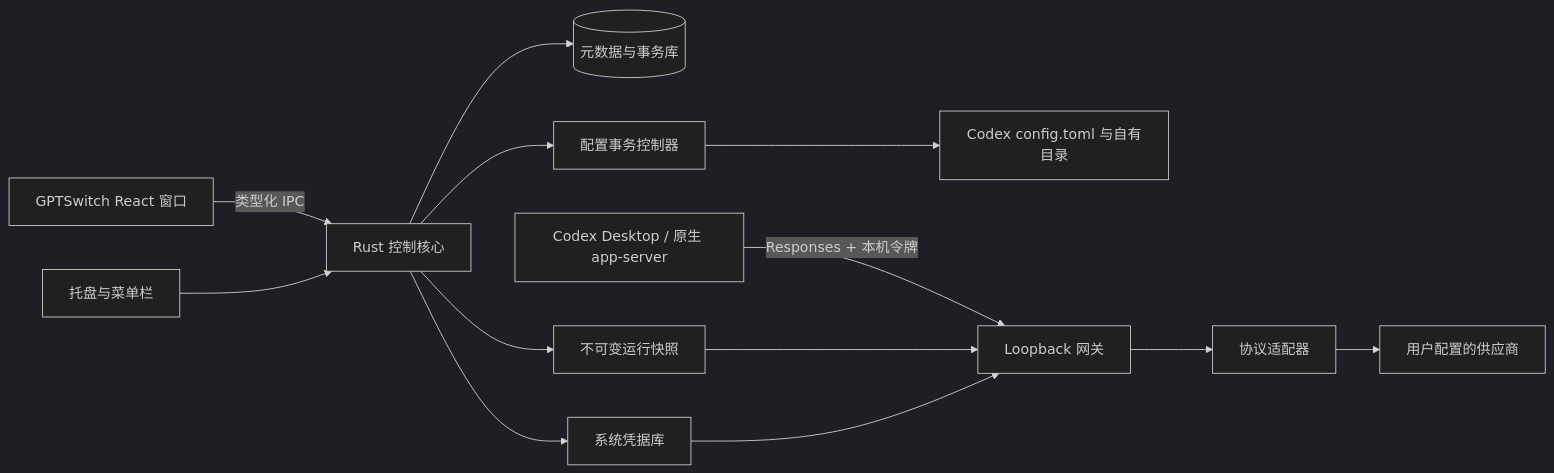
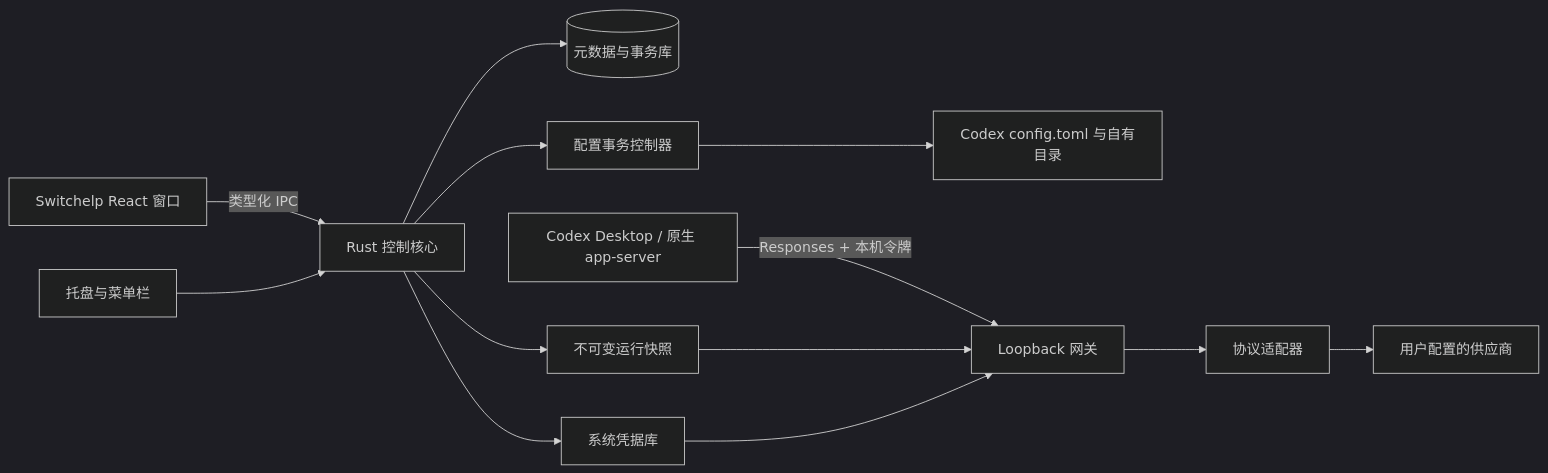
The diagram in docs/architecture/01-system-architecture.md (nexsjournal/gptswitch-macapp), drawn with Mermaid (dark theme) before and after one commit. The commit also changed other lines of this file and 87 other files, not shown here.

````diff
--- a/docs/architecture/01-system-architecture.md
+++ b/docs/architecture/01-system-architecture.md
@@ -38,15 +38,15 @@
 ```mermaid
 flowchart LR
-  UI[GPTSwitch React 窗口] -->|类型化 IPC| Core[Rust 控制核心]
+  UI[Switchelp React 窗口] -->|类型化 IPC| Core[Rust 控制核心]
   Tray[托盘与菜单栏] --> Core
   Core --> DB[(元数据与事务库)]
   Core --> Vault[系统凭据库]
   Core --> Apply[配置事务控制器]
   Apply --> Config[Codex config.toml 与自有目录]
   Core --> Snap[不可变运行快照]
   Codex[Codex Desktop / 原生 app-server] -->|Responses + 本机令牌| GW[Loopback 网关]
   Snap --> GW
   Vault --> GW
   GW --> Adapter[协议适配器]
   Adapter --> Upstream[用户配置的供应商]
 ```
````
